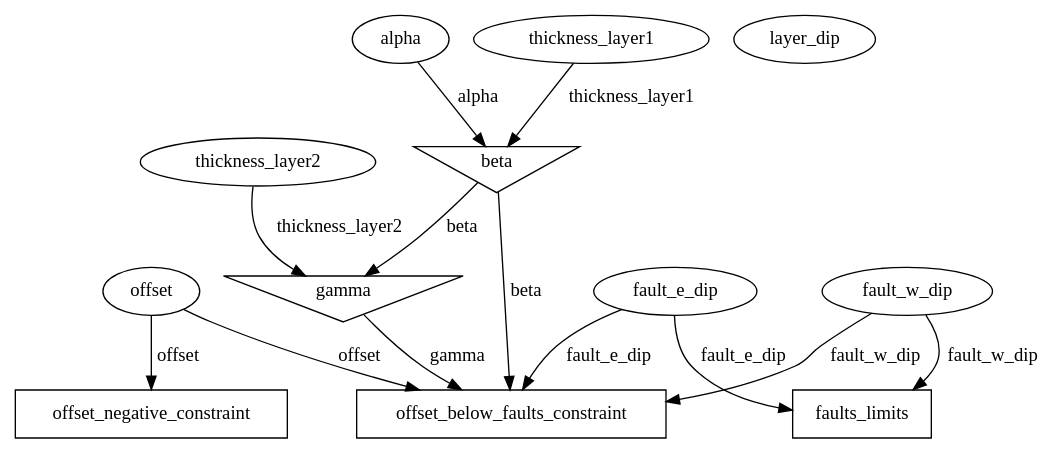
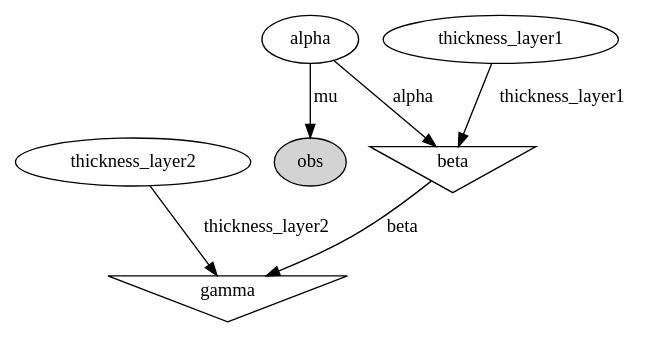
The diagram in Nice notebooks/MCMC.dot (Leguark/Thesis), drawn with Graphviz before and after one commit. The commit also changed 705 other files, not shown here.

```diff
--- a/Nice notebooks/MCMC.dot
+++ b/Nice notebooks/MCMC.dot
@@ -1,26 +1,13 @@
 digraph G {
 thickness_layer2;
-fault_w_dip;
+obs [style=filled];
+alpha;
+alpha -> obs  [label=mu];
 beta [shape=invtriangle];
-alpha;
 alpha -> beta  [label=alpha];
 thickness_layer1;
 thickness_layer1 -> beta  [label=thickness_layer1];
 gamma [shape=invtriangle];
 beta -> gamma  [label=beta];
 thickness_layer2 -> gamma  [label=thickness_layer2];
-offset_negative_constraint [shape=box];
-offset;
-offset -> offset_negative_constraint  [label=offset];
-offset_below_faults_constraint [shape=box];
-fault_e_dip;
-fault_e_dip -> offset_below_faults_constraint  [label=fault_e_dip];
-beta -> offset_below_faults_constraint  [label=beta];
-fault_w_dip -> offset_below_faults_constraint  [label=fault_w_dip];
-gamma -> offset_below_faults_constraint  [label=gamma];
-offset -> offset_below_faults_constraint  [label=offset];
-faults_limits [shape=box];
-fault_e_dip -> faults_limits  [label=fault_e_dip];
-fault_w_dip -> faults_limits  [label=fault_w_dip];
-layer_dip;
 }
```
